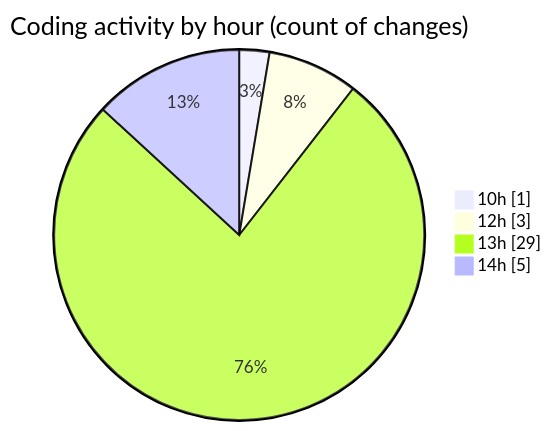
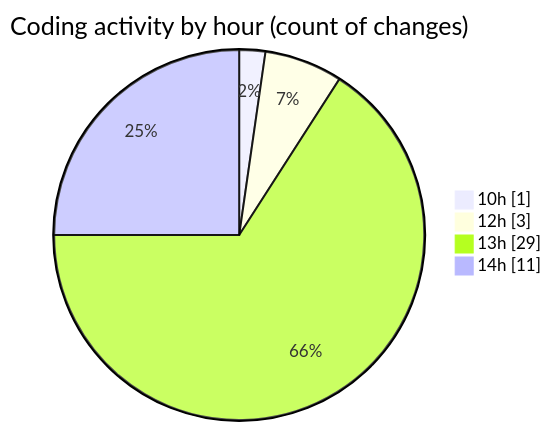
One commit to momahboobian/code-tracking changed the second of 2 diagrams in 2025-08-01/cda/README.md. Above: the diagram before and after it, drawn with Mermaid. The commit also changed other lines of this file and 1 other file, not shown here.

````diff
--- a/2025-08-01/cda/README.md
+++ b/2025-08-01/cda/README.md
@@ -28,8 +28,8 @@
 ```mermaid
 pie showData
 title Coding activity by hour (count of changes)
 "10h" : 1
 "12h" : 3
 "13h" : 29
-"14h" : 5
+"14h" : 11
 ```
````
